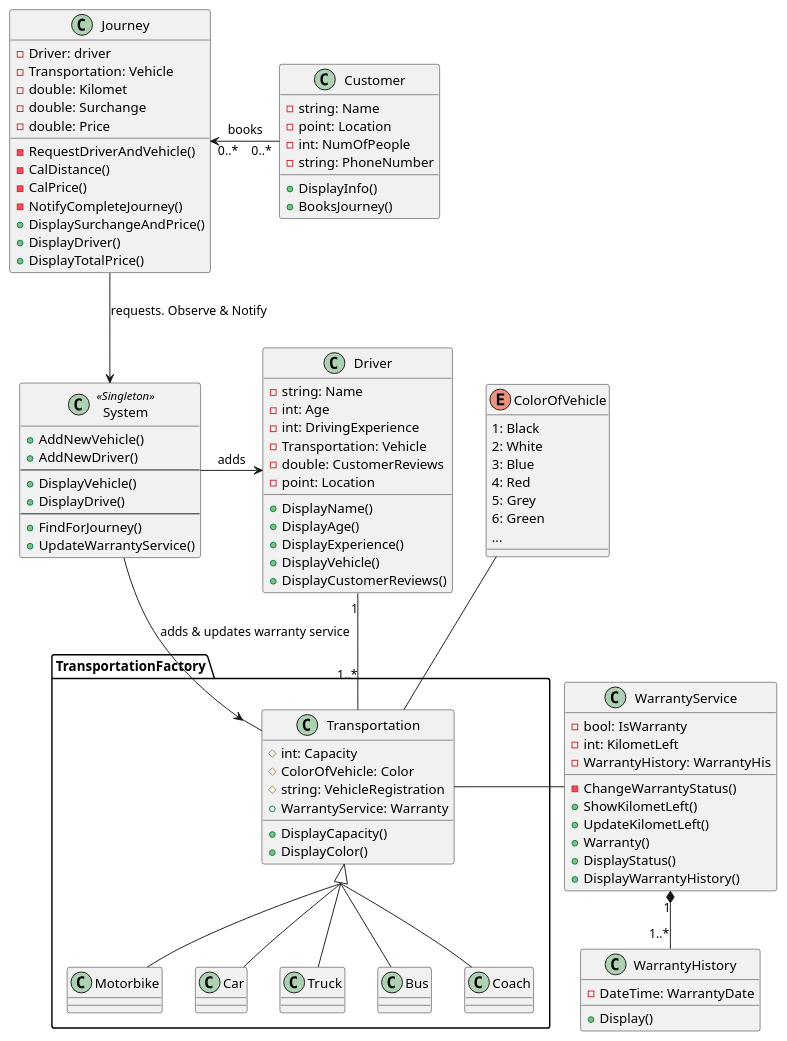
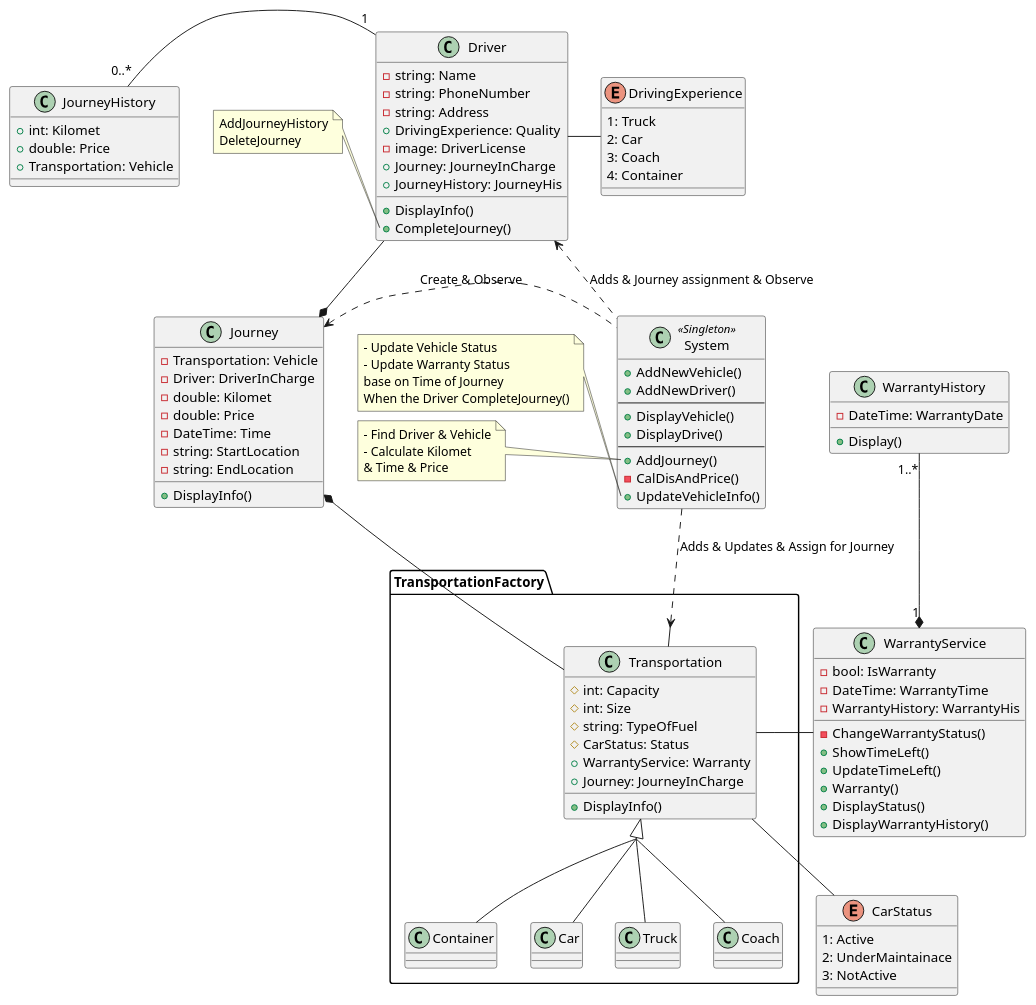
One commit to SirGreen/BTL-LTNC changed the diagram in Diagram/BTL-LTNC.plantuml. Above: the diagram before and after it, drawn with PlantUML. The commit also changed 5 other files, not shown here.

Commit message:
Update project diagram & add git ignore

```diff
--- a/Diagram/BTL-LTNC.plantuml
+++ b/Diagram/BTL-LTNC.plantuml
@@ -1,122 +1,131 @@
-@startuml doixe
+@startuml quan_ly_xe
 skinparam groupInheritance 3
 
 package TransportationFactory <<Folder>>{
 
-class Transportation{
-    # int: Capacity
-    # ColorOfVehicle: Color
-    # string: VehicleRegistration
-    + WarrantyService: Warranty
-    + DisplayCapacity()
-    + DisplayColor()
-}
+    class Transportation{
+        # int: Capacity
+        # int: Size
+        # string: TypeOfFuel
+        # CarStatus: Status
+        + WarrantyService: Warranty
+        + Journey: JourneyInCharge
+        + DisplayInfo()
+    }
 
+    class Container{  
+    }
 
-class Motorbike{  
-}
+    class Car{
+    }
 
-class Car{
-}
+    class Truck{
+    }
 
-class Truck{
-}
-
-class Bus {
-}
-
-class Coach {
+    class Coach {
 }
 }
 
 class WarrantyService{
     - bool: IsWarranty
-    - int: KilometLeft
+    - DateTime: WarrantyTime
     - WarrantyHistory: WarrantyHis
 
     - ChangeWarrantyStatus()
-    + ShowKilometLeft()
-    + UpdateKilometLeft()
+    + ShowTimeLeft()
+    + UpdateTimeLeft()
     + Warranty()
     + DisplayStatus()
     + DisplayWarrantyHistory()
 }
 
 class WarrantyHistory{
     - DateTime: WarrantyDate
     + Display()
 }
 
-enum ColorOfVehicle{
-    1: Black
-    2: White
-    3: Blue
-    4: Red
-    5: Grey
-    6: Green
-    ...
+enum CarStatus{
+    1: Active
+    2: UnderMaintainace
+    3: NotActive
 }
 class Driver{
     - string: Name
-    - int: Age
-    - int: DrivingExperience
+    - string: PhoneNumber
+    - string: Address
+    + DrivingExperience: Quality
+    - image: DriverLicense
+    + Journey: JourneyInCharge
+    + JourneyHistory: JourneyHis
+    + DisplayInfo()
+    + CompleteJourney() 
+}
+note left of Driver::CompleteJourney()
+    AddJourneyHistory
+    DeleteJourney
+end note
+
+class Journey{
     - Transportation: Vehicle
-    - double: CustomerReviews
-    - point: Location
-
-    + DisplayName()
-    + DisplayAge()
-    + DisplayExperience()
-    + DisplayVehicle()
-    + DisplayCustomerReviews()
+    - Driver: DriverInCharge
+    - double: Kilomet
+    - double: Price
+    - DateTime: Time
+    - string: StartLocation
+    - string: EndLocation
+    + DisplayInfo()
 }
 
-class Customer{
-    - string: Name
-    - point: Location
-    - int: NumOfPeople
-    - string: PhoneNumber
-    + DisplayInfo()
-    + BooksJourney()
-}
-
-class Journey{
-    - Driver: driver
-    - Transportation: Vehicle
-    - double: Kilomet
-    - double: Surchange
-    - double: Price
-    - RequestDriverAndVehicle()
-    - CalDistance()
-    - CalPrice()
-    - NotifyCompleteJourney()
-    + DisplaySurchangeAndPrice()
-    + DisplayDriver()
-    + DisplayTotalPrice()
+class JourneyHistory{
+    + int: Kilomet
+    + double: Price
+    + Transportation: Vehicle
 }
 
 class System <<Singleton>>{
     + AddNewVehicle()
     + AddNewDriver()
     --
     + DisplayVehicle()
     + DisplayDrive()
     --
-    + FindForJourney()
-    + UpdateWarrantyService()
+    + AddJourney()
+    - CalDisAndPrice()
+    + UpdateVehicleInfo()
+}
+
+note left of System::UpdateVehicleInfo
+    - Update Vehicle Status 
+    - Update Warranty Status 
+    base on Time of Journey
+    When the Driver CompleteJourney()
+end note
+
+note left of System::AddJourney
+    - Find Driver & Vehicle
+    - Calculate Kilomet 
+    & Time & Price
+end note
+
+enum DrivingExperience{
+    1: Truck
+    2: Car
+    3: Coach
+    4: Container
 }
 
 Transportation <|-- Truck
 Transportation <|-- Car
 Transportation <|-- Coach
-Transportation <|-- Bus
-Transportation <|-- Motorbike
-Transportation -left- WarrantyService
-Driver "1" -- "1..*" Transportation
-ColorOfVehicle -down- Transportation
-WarrantyService "1" *-down- "1..*" WarrantyHistory
-System -right-> Transportation: adds & updates warranty service
-System -right-> Driver: adds
-Customer "0..*"-left->"0..*" Journey: books
-Journey --> System: requests. Observe & Notify
+Transportation <|-- Container
+Transportation -right- WarrantyService
+Driver -right- DrivingExperience
+Driver -down-*Journey
+CarStatus -up- Transportation
+WarrantyService "1" *-up- "1..*" WarrantyHistory
+System -down[dashed]-> Transportation: Adds & Updates & Assign for Journey
+System -left[dashed]-> Driver: Adds & Journey assignment & Observe
+Journey <-right[dashed]- System: Create & Observe
+Transportation -left-*Journey
+Driver "1"-left-"0..*" JourneyHistory
 @enduml
```
